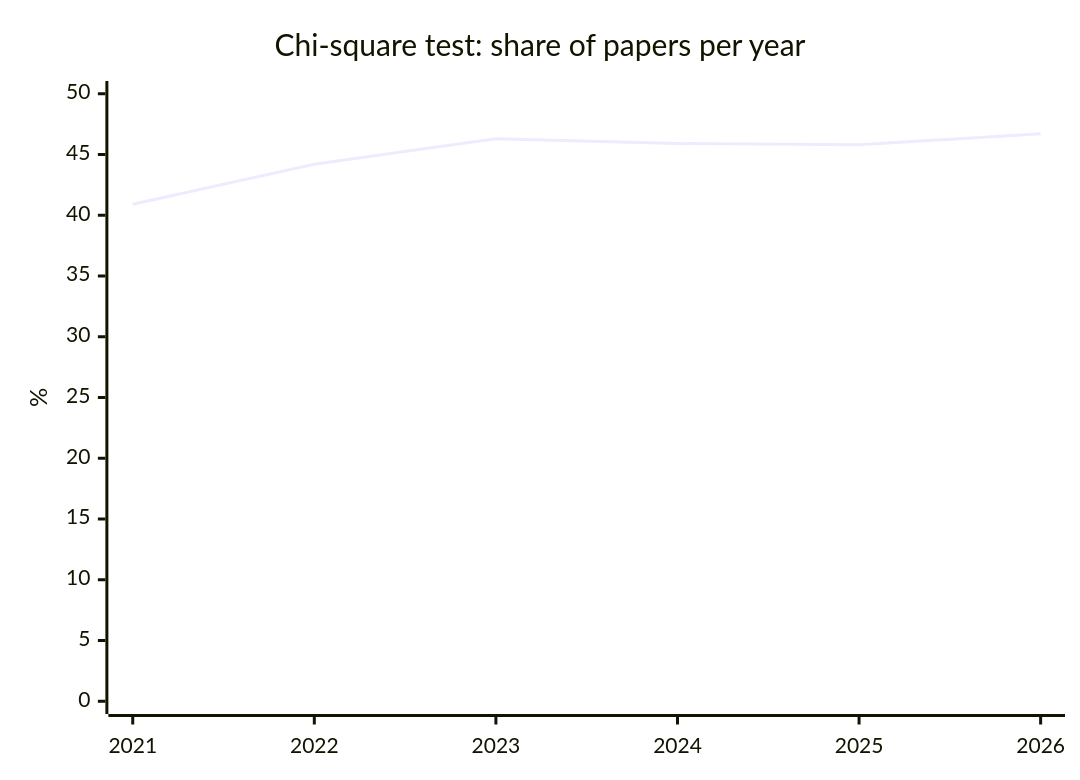
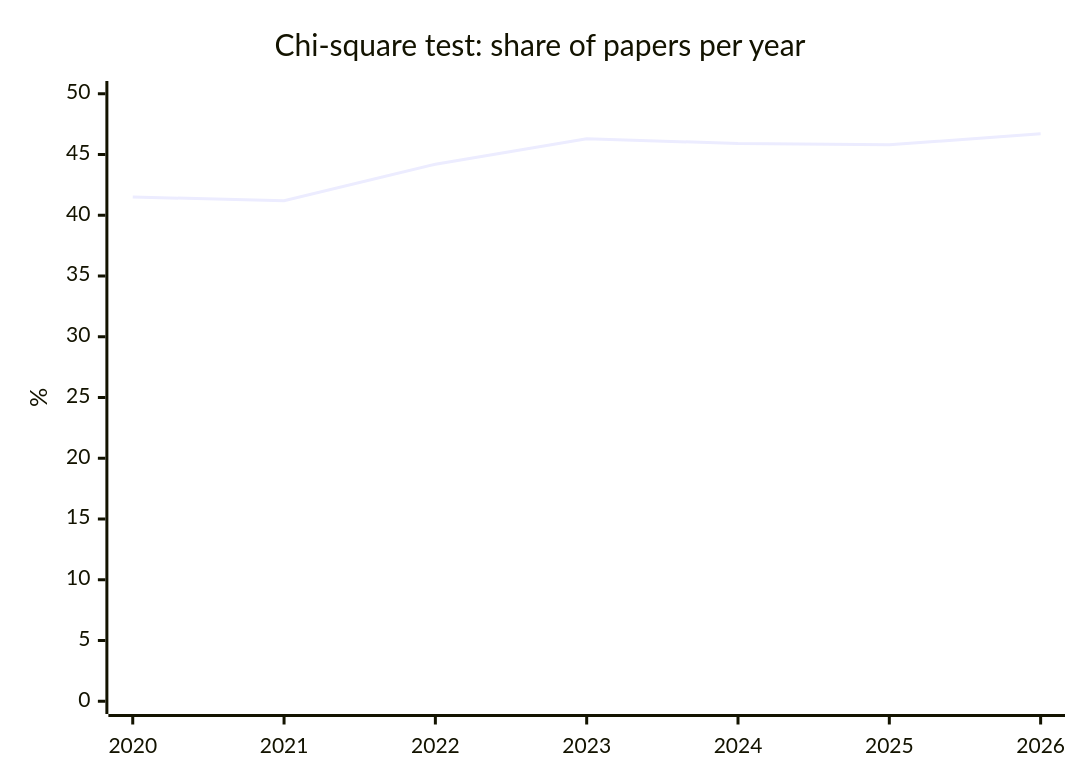
The first of 5 diagrams in literature-watch/reports/overview.md (nfdi4health/datashield-function-ideas), drawn with Mermaid before and after one commit. The commit also changed other lines of this file and 1 other file, not shown here.

````diff
--- a/literature-watch/reports/overview.md
+++ b/literature-watch/reports/overview.md
@@ -52,7 +52,7 @@
 ```mermaid
 xychart-beta
   title "Chi-square test: share of papers per year"
-  x-axis [2021, 2022, 2023, 2024, 2025, 2026]
+  x-axis [2020, 2021, 2022, 2023, 2024, 2025, 2026]
   y-axis "%" 0 --> 50
-  line [40.9, 44.2, 46.3, 45.9, 45.8, 46.7]
+  line [41.5, 41.2, 44.2, 46.3, 45.9, 45.8, 46.7]
 ```
````
